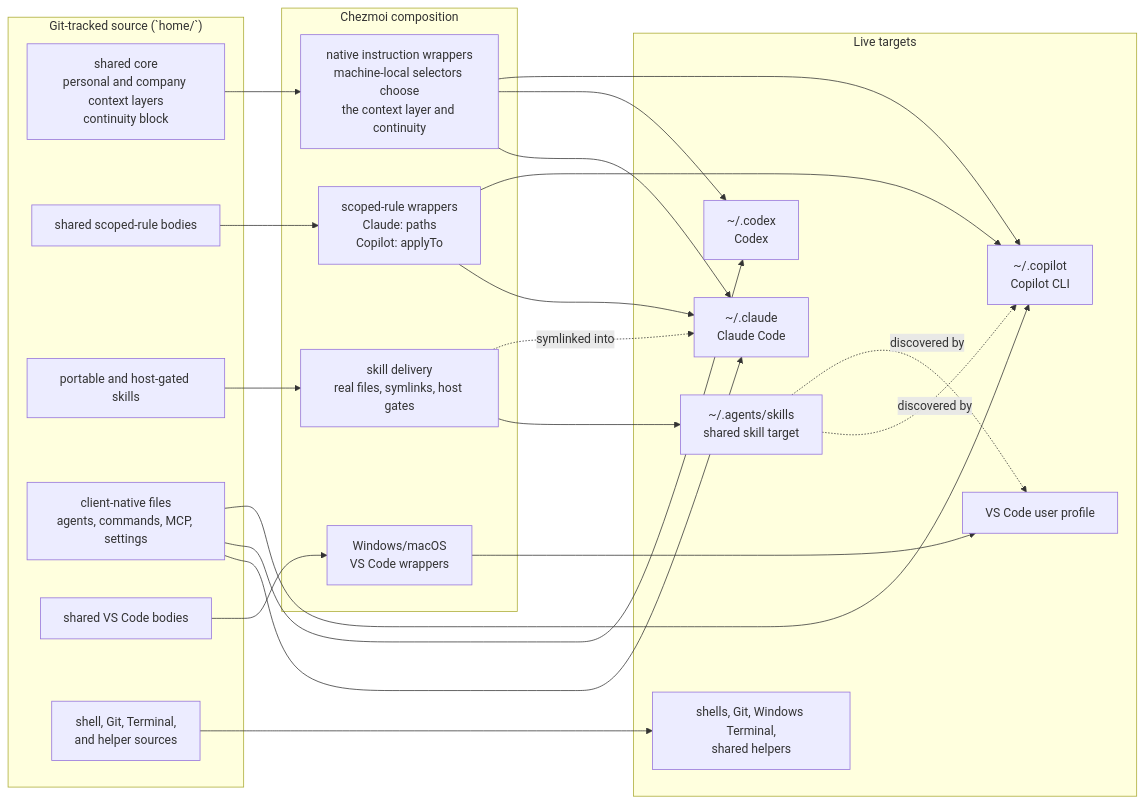
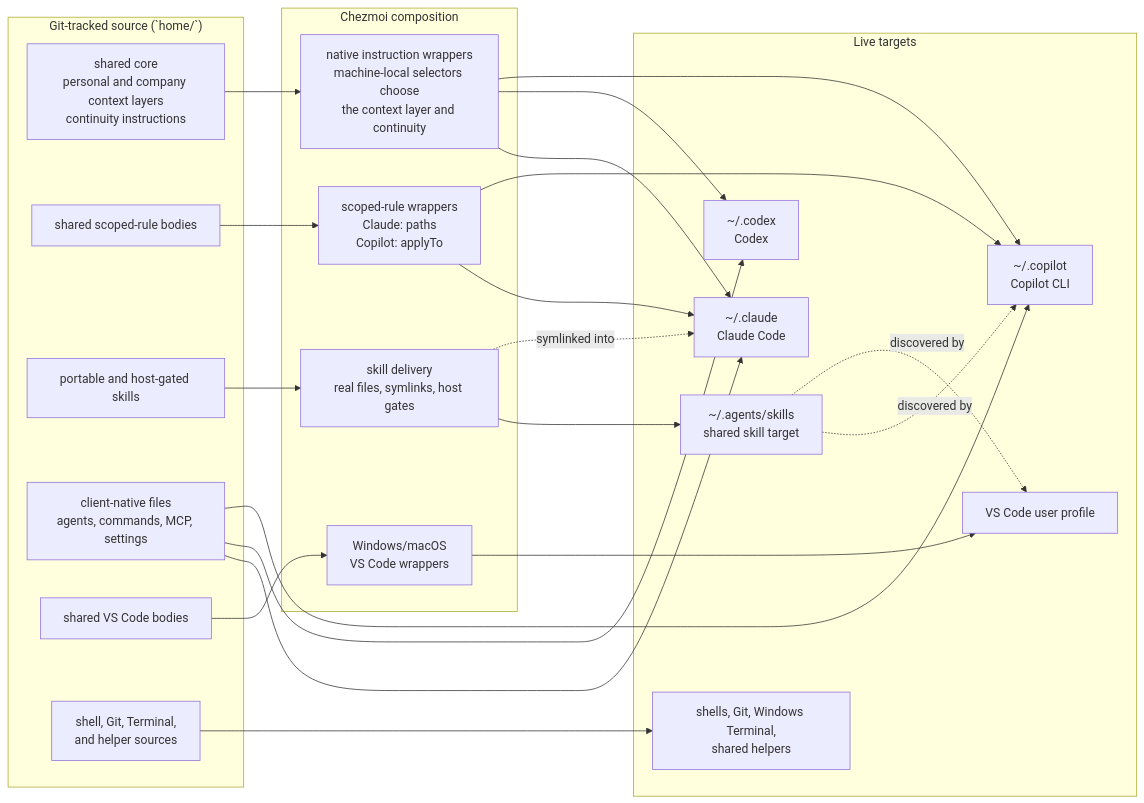
Before and after one commit to sherrilla71940/dotfiles: the first of 3 diagrams in README.md, drawn with Mermaid. The commit also changed other lines of this file and 1 other file, not shown here.

Commit message:
docs(readme): name the continuity instructions instead of a "block"
"continuity block" was invented jargon and the one label in the source node
that did not say what the thing is. It could be read as a blocking mechanism
or as the state file, when home/.chezmoitemplates/continuity.md holds the
always-on instructions that tell an agent when to create and maintain
.project-continuity/state.md.

"continuity instructions" is already the term the ai_continuity selector row
uses, so this makes the diagram and the shared-content table agree with it.

````diff
--- a/README.md
+++ b/README.md
@@ -125,50 +125,50 @@
 ```mermaid
 flowchart LR
     subgraph source["Git-tracked source (`home/`)"]
-        core["shared core<br/>personal and company context layers<br/>continuity block"]
+        core["shared core<br/>personal and company context layers<br/>continuity instructions"]
         rules["shared scoped-rule bodies"]
         skills["portable and host-gated skills"]
         native["client-native files<br/>agents, commands, MCP, settings"]
         vscodeBody["shared VS Code bodies"]
         platform["shell, Git, Terminal,<br/>and helper sources"]
     end
 
     subgraph render["Chezmoi composition"]
         instructionAdapters["native instruction wrappers<br/>machine-local selectors choose<br/>the context layer and continuity"]
         ruleAdapters["scoped-rule wrappers<br/>Claude: paths<br/>Copilot: applyTo"]
         skillDelivery["skill delivery<br/>real files, symlinks, host gates"]
         osAdapters["Windows/macOS<br/>VS Code wrappers"]
     end
 
     subgraph targets["Live targets"]
         claude["~/.claude<br/>Claude Code"]
         codex["~/.codex<br/>Codex"]
         copilot["~/.copilot<br/>Copilot CLI"]
         agents["~/.agents/skills<br/>shared skill target"]
         vscode["VS Code user profile"]
         other["shells, Git, Windows Terminal,<br/>shared helpers"]
     end
 
     core --> instructionAdapters
     instructionAdapters --> claude
     instructionAdapters --> codex
     instructionAdapters --> copilot
 
     rules --> ruleAdapters
     ruleAdapters --> claude
     ruleAdapters --> copilot
 
     skills --> skillDelivery
     skillDelivery --> agents
     skillDelivery -.->|"symlinked into"| claude
 
     native --> claude
     native --> codex
     native --> copilot
 
     vscodeBody --> osAdapters --> vscode
     platform --> other
 
     agents -.->|"discovered by"| copilot
     agents -.->|"discovered by"| vscode
 ```
````
